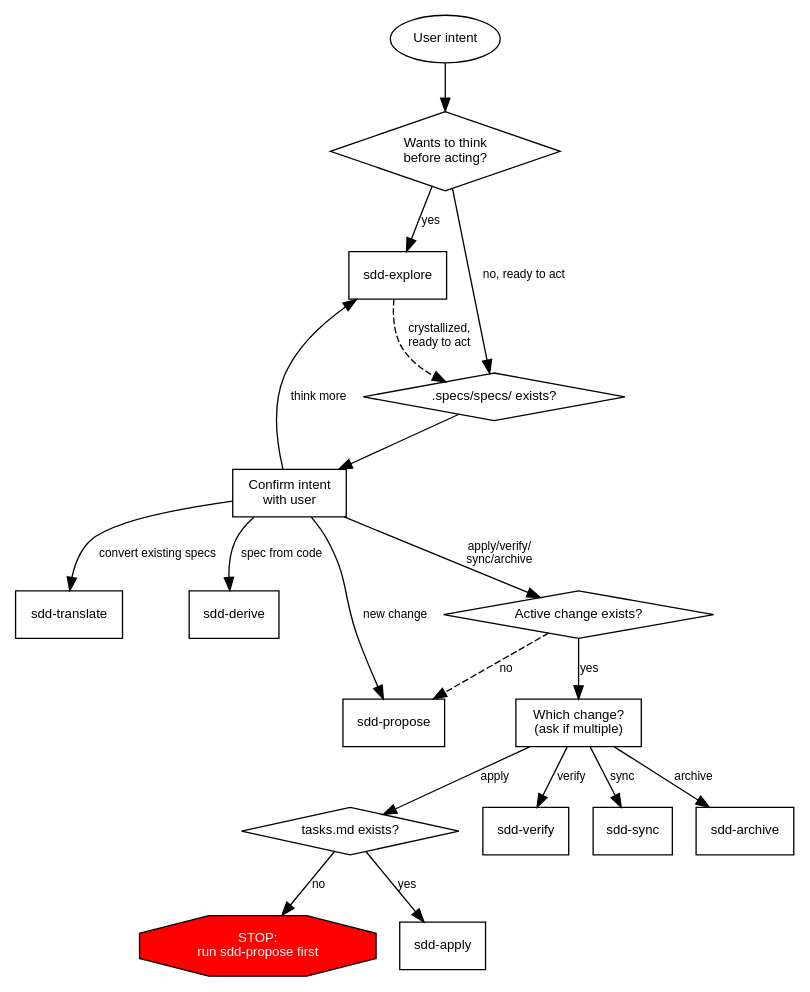
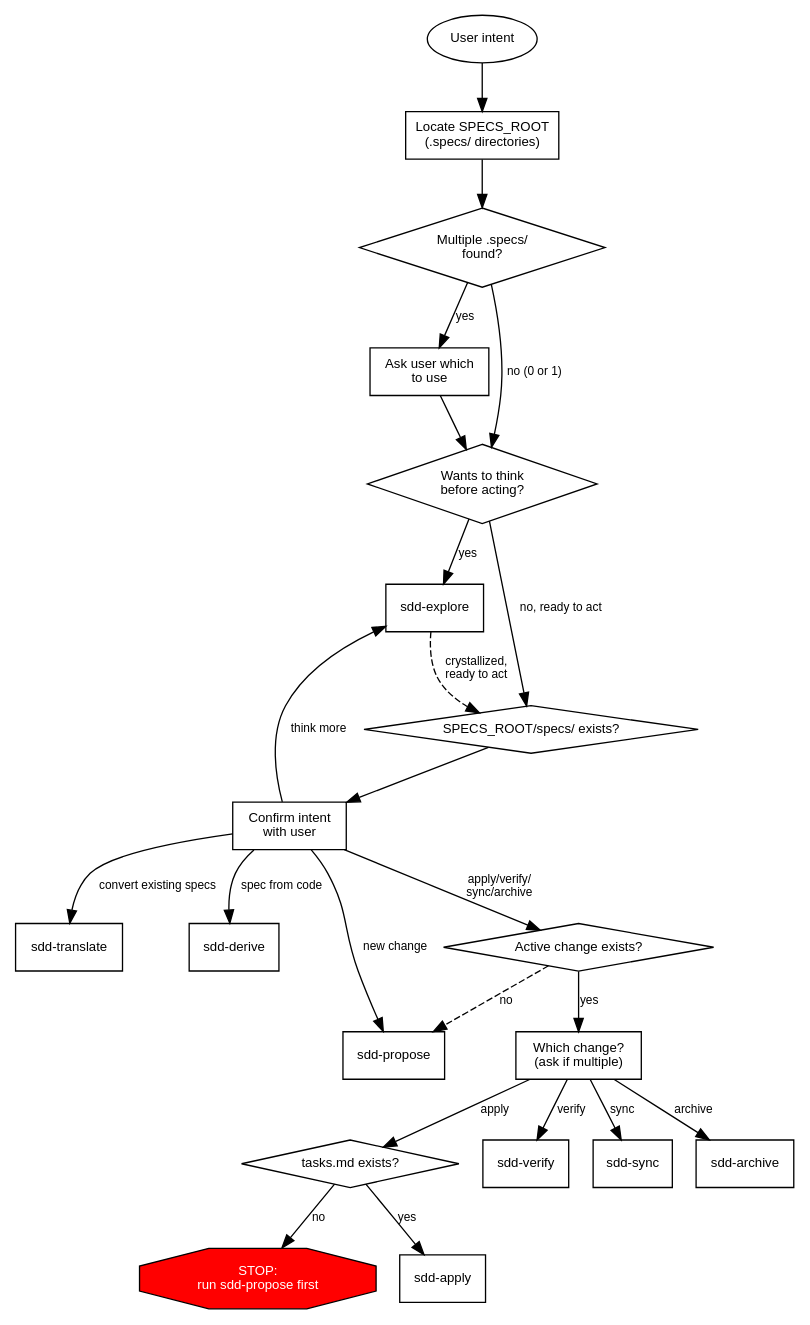
The diagram in skills/sdd/SKILL.md (ahgraber/skills), drawn with Graphviz before and after one commit. The commit also changed other lines of this file and 10 other files, not shown here.

Commit message:
fix(sdd): allow sdd to use flexible specs root references in SKILL.md files

````diff
--- a/skills/sdd/SKILL.md
+++ b/skills/sdd/SKILL.md
@@ -49,51 +62,60 @@
 ```dot
 digraph sdd_router {
     rankdir=TB;
     node [fontname="Helvetica", fontsize=10];
     edge [fontname="Helvetica", fontsize=9];
 
     start [label="User intent", shape=ellipse];
+    locate_root [label="Locate SPECS_ROOT\n(.specs/ directories)", shape=box];
+    multi_specs [label="Multiple .specs/\nfound?", shape=diamond];
+    ask_which [label="Ask user which\nto use", shape=box];
+
     explore_first [label="Wants to think\nbefore acting?", shape=diamond];
     explore [label="sdd-explore", shape=box];
 
-    has_specs [label=".specs/specs/ exists?", shape=diamond];
+    has_specs [label="SPECS_ROOT/specs/ exists?", shape=diamond];
     confirm_mode [label="Confirm intent\nwith user", shape=box];
 
     translate [label="sdd-translate", shape=box];
     derive [label="sdd-derive", shape=box];
     propose [label="sdd-propose", shape=box];
 
     has_change [label="Active change exists?", shape=diamond];
     which_change [label="Which change?\n(ask if multiple)", shape=box];
     has_tasks [label="tasks.md exists?", shape=diamond];
     stop [label="STOP:\nrun sdd-propose first", shape=octagon, style=filled, fillcolor=red, fontcolor=white];
     apply [label="sdd-apply", shape=box];
     verify [label="sdd-verify", shape=box];
     sync [label="sdd-sync", shape=box];
     archive [label="sdd-archive", shape=box];
 
-    start -> explore_first;
+    start -> locate_root;
+    locate_root -> multi_specs;
+    multi_specs -> ask_which [label="yes"];
+    multi_specs -> explore_first [label="no (0 or 1)"];
+    ask_which -> explore_first;
+
     explore_first -> explore [label="yes"];
     explore_first -> has_specs [label="no, ready to act"];
 
     explore -> has_specs [label="crystallized,\nready to act", style=dashed];
 
     has_specs -> confirm_mode;
     confirm_mode -> translate [label="convert existing specs"];
     confirm_mode -> derive [label="spec from code"];
     confirm_mode -> propose [label="new change"];
     confirm_mode -> has_change [label="apply/verify/\nsync/archive"];
     confirm_mode -> explore [label="think more"];
 
     has_change -> which_change [label="yes"];
     has_change -> propose [label="no", style=dashed];
 
     which_change -> has_tasks [label="apply"];
     which_change -> verify [label="verify"];
     which_change -> sync [label="sync"];
     which_change -> archive [label="archive"];
 
     has_tasks -> apply [label="yes"];
     has_tasks -> stop [label="no"];
 }
 ```
````
